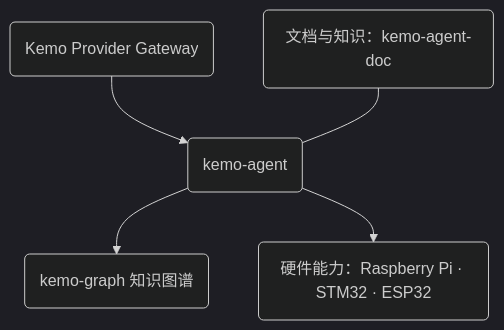
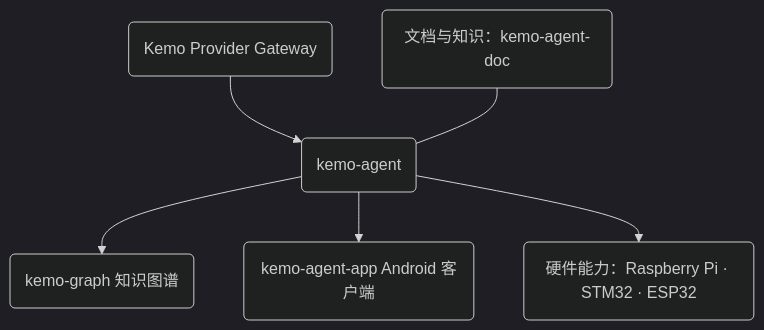
One commit to kesepain-KE/kesepain-KE changed the diagram in README.md. Above: the diagram before and after it, drawn with Mermaid (dark theme). The commit also changed other lines of this file, not shown here.

Commit message:
docs: update profile with kemo ecosystem including android app

````diff
--- a/README.md
+++ b/README.md
@@ -28,13 +28,15 @@
 ```mermaid
 flowchart TB
     gateway("Kemo Provider Gateway")
     agent("kemo-agent")
     kg("kemo-graph 知识图谱")
+    app("kemo-agent-app Android 客户端")
     docs("文档与知识：kemo-agent-doc")
     hardware("硬件能力：Raspberry Pi · STM32 · ESP32")
 
     gateway --> agent
     docs --- agent
     agent --> kg
+    agent --> app
     agent --> hardware
 ```
````
